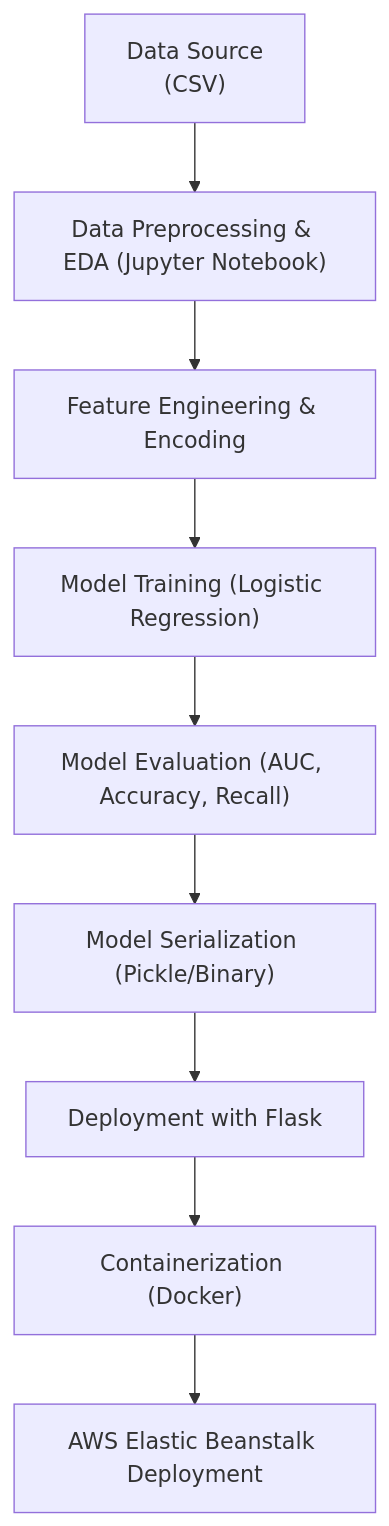
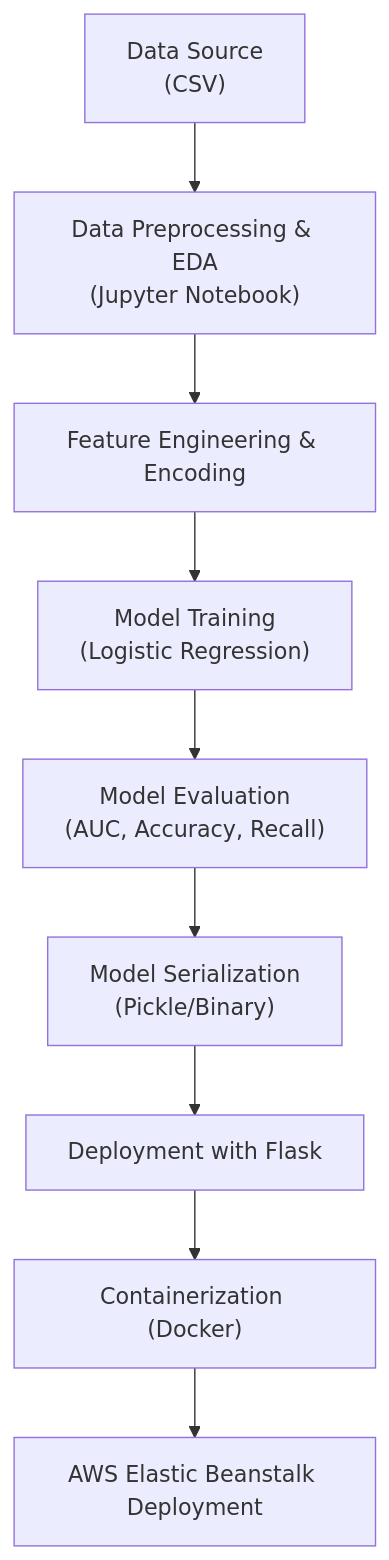
One commit to Adebayo88888888/customer_churn_deployment changed the diagram in README.md. Above: the diagram before and after it, drawn with Mermaid.

````diff
--- a/README.md
+++ b/README.md
@@ -35,13 +35,17 @@
 ```mermaid
 
 flowchart TD
     A["Data Source
-(CSV)"] --> B["Data Preprocessing & EDA (Jupyter Notebook)"]
+(CSV)"] --> B["Data Preprocessing & EDA
+(Jupyter Notebook)"]
     B --> C["Feature Engineering & Encoding"]
-    C --> D["Model Training (Logistic Regression)"]
-    D --> E["Model Evaluation (AUC, Accuracy, Recall)"]
-    E --> F["Model Serialization (Pickle/Binary)"]
+    C --> D["Model Training
+(Logistic Regression)"]
+    D --> E["Model Evaluation
+(AUC, Accuracy, Recall)"]
+    E --> F["Model Serialization
+(Pickle/Binary)"]
     F --> G["Deployment with Flask"]
     G --> H["Containerization (Docker)"]
     H --> I["AWS Elastic Beanstalk Deployment"]
 ```
````
